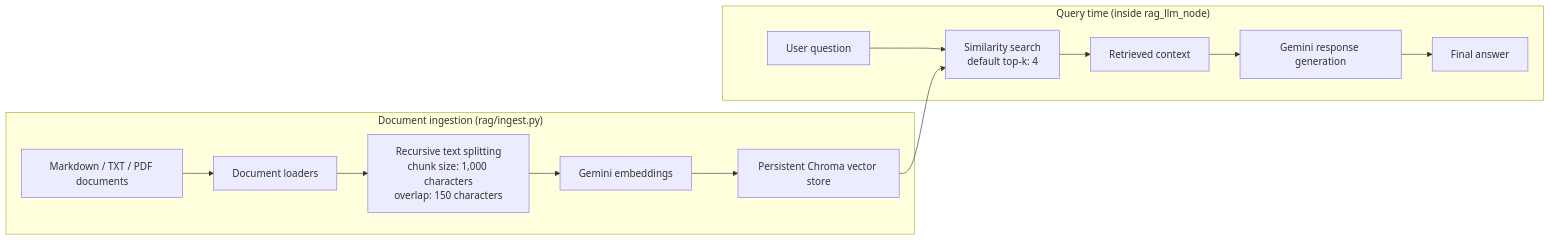
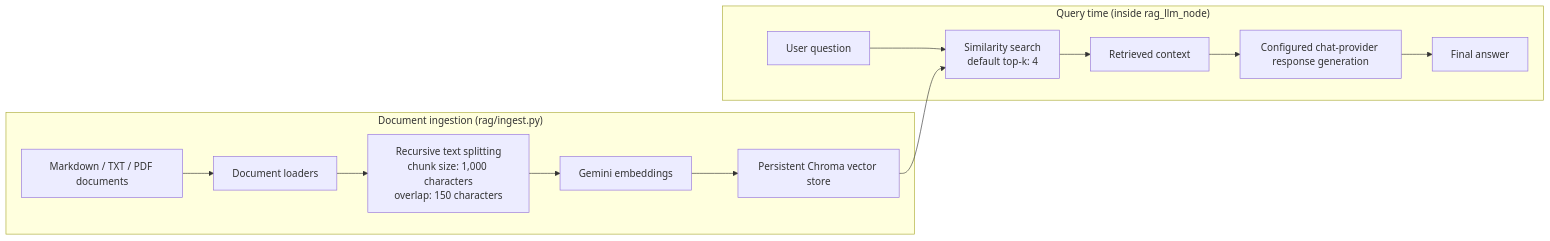
One commit to swapniltake1/agentic-data-intelligence-platform changed the sixth of 7 diagrams in README.md. Above: the diagram before and after it, drawn with Mermaid. The commit also changed other lines of this file and 16 other files, not shown here.

````diff
--- a/README.md
+++ b/README.md
@@ -148,22 +149,22 @@
 ```mermaid
 flowchart LR
     subgraph Ingestion["Document ingestion (rag/ingest.py)"]
         DOCS["Markdown / TXT / PDF documents"]
         LOAD["Document loaders"]
         SPLIT["Recursive text splitting<br/>chunk size: 1,000 characters<br/>overlap: 150 characters"]
         EMBED["Gemini embeddings"]
         CHROMA["Persistent Chroma vector store"]
         DOCS --> LOAD --> SPLIT --> EMBED --> CHROMA
     end
 
     subgraph Query["Query time (inside rag_llm_node)"]
         QUESTION["User question"]
         SEARCH["Similarity search<br/>default top-k: 4"]
         CONTEXT["Retrieved context"]
-        RESPONSE["Gemini response generation"]
+        RESPONSE["Configured chat-provider response generation"]
         ANSWER["Final answer"]
         QUESTION --> SEARCH --> CONTEXT --> RESPONSE --> ANSWER
     end
 
     CHROMA --> SEARCH
 ```
````
